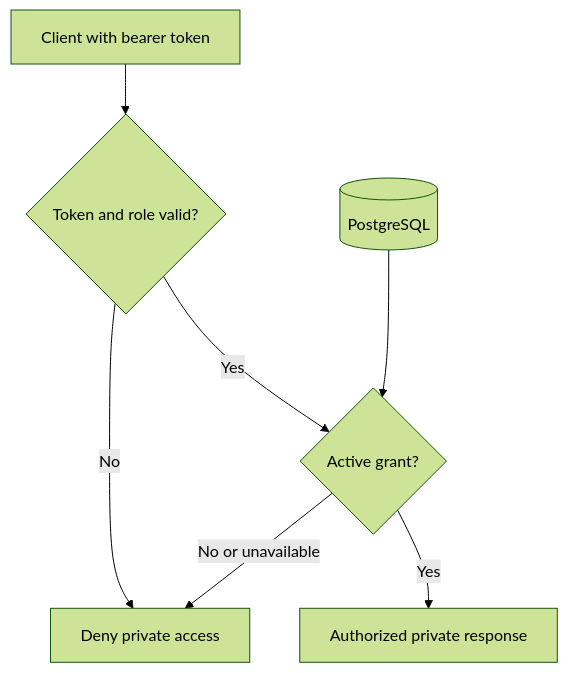
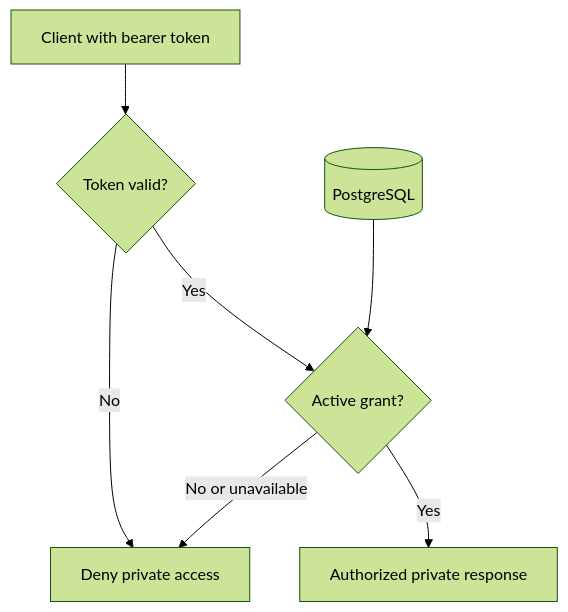
The first of 4 diagrams in docs/architecture/authentication-and-authorization.md (SeWieland/ShutterSpool), drawn with Mermaid (forest theme) before and after one commit. The commit also changed other lines of this file and 107 other files, not shown here.

````diff
--- a/docs/architecture/authentication-and-authorization.md
+++ b/docs/architecture/authentication-and-authorization.md
@@ -14,9 +14,9 @@
 ```mermaid
 flowchart TD
-    Client[Client with bearer token] --> Token{Token and role valid?}
+    Client[Client with bearer token] --> Token{Token valid?}
     Token -->|No| Deny[Deny private access]
     Token -->|Yes| Grant{Active grant?}
     DB[(PostgreSQL)] --> Grant
     Grant -->|No or unavailable| Deny
     Grant -->|Yes| Data[Authorized private response]
 ```
````
